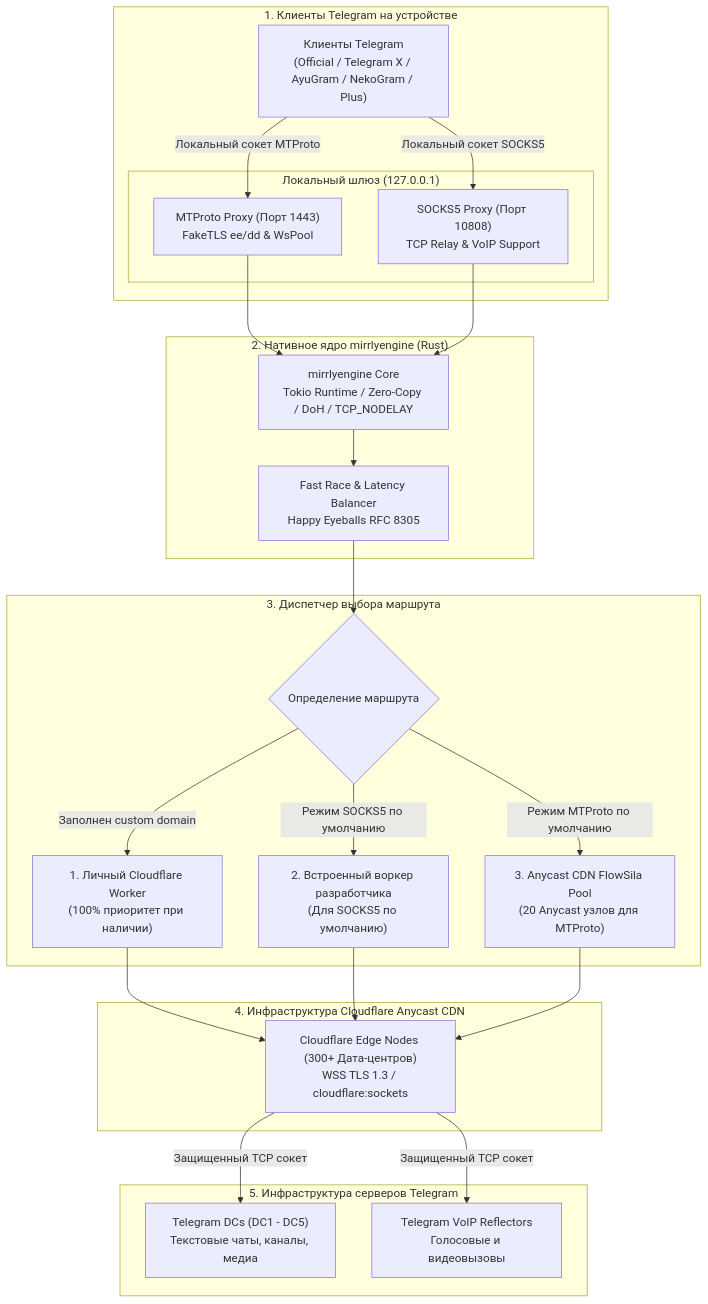
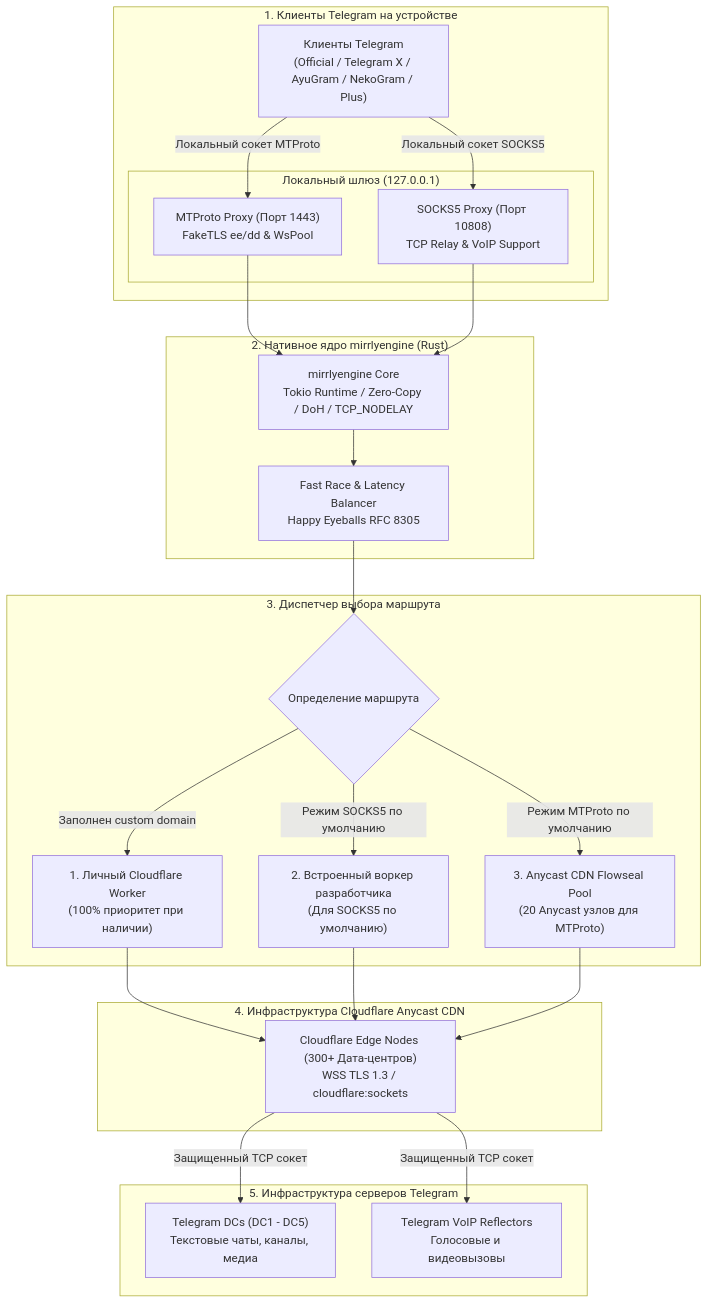
Before and after one commit to joycecurcirt539-dot/Mirrly-TG-Proxy: the diagram in README.md, drawn with Mermaid. The commit also changed other lines of this file and 23 other files, not shown here.

````diff
--- a/README.md
+++ b/README.md
@@ -208,51 +249,51 @@
 ```mermaid
 flowchart TD
     subgraph ClientLayer ["1. Клиенты Telegram на устройстве"]
         TGApp["Клиенты Telegram<br/>(Official / Telegram X / AyuGram / NekoGram / Plus)"]
         
         subgraph LocalProxy ["Локальный шлюз (127.0.0.1)"]
             MtprotoGate["MTProto Proxy (Порт 1443)<br/>FakeTLS ee/dd & WsPool"]
             SocksGate["SOCKS5 Proxy (Порт 10808)<br/>TCP Relay & VoIP Support"]
         end
         
         TGApp -->|Локальный сокет MTProto| MtprotoGate
         TGApp -->|Локальный сокет SOCKS5| SocksGate
     end
 
     subgraph NativeEngine ["2. Нативное ядро mirrlyengine (Rust)"]
         RustCore["mirrlyengine Core<br/>Tokio Runtime / Zero-Copy / DoH / TCP_NODELAY"]
         Balancer["Fast Race & Latency Balancer<br/>Happy Eyeballs RFC 8305"]
         
         MtprotoGate --> RustCore
         SocksGate --> RustCore
         RustCore --> Balancer
     end
 
     subgraph RouterResolver ["3. Диспетчер выбора маршрута"]
         Resolver{"Определение маршрута"}
         CustomNode["1. Личный Cloudflare Worker<br/>(100% приоритет при наличии)"]
         DefaultSocks["2. Встроенный воркер разработчика<br/>(Для SOCKS5 по умолчанию)"]
-        AnycastPool["3. Anycast CDN FlowSila Pool<br/>(20 Anycast узлов для MTProto)"]
+        AnycastPool["3. Anycast CDN Flowseal Pool<br/>(20 Anycast узлов для MTProto)"]
         
         Balancer --> Resolver
         Resolver -->|Заполнен custom domain| CustomNode
         Resolver -->|Режим SOCKS5 по умолчанию| DefaultSocks
         Resolver -->|Режим MTProto по умолчанию| AnycastPool
     end
 
     subgraph CDNLayer ["4. Инфраструктура Cloudflare Anycast CDN"]
         CFEdge["Cloudflare Edge Nodes (300+ Дата-центров)<br/>WSS TLS 1.3 / cloudflare:sockets"]
         
         CustomNode --> CFEdge
         DefaultSocks --> CFEdge
         AnycastPool --> CFEdge
     end
 
     subgraph TelegramInfra ["5. Инфраструктура серверов Telegram"]
         TGDC["Telegram DCs (DC1 - DC5)<br/>Текстовые чаты, каналы, медиа"]
         TGVoIP["Telegram VoIP Reflectors<br/>Голосовые и видеовызовы"]
         
         CFEdge -->|Защищенный TCP сокет| TGDC
         CFEdge -->|Защищенный TCP сокет| TGVoIP
     end
 ```
````
